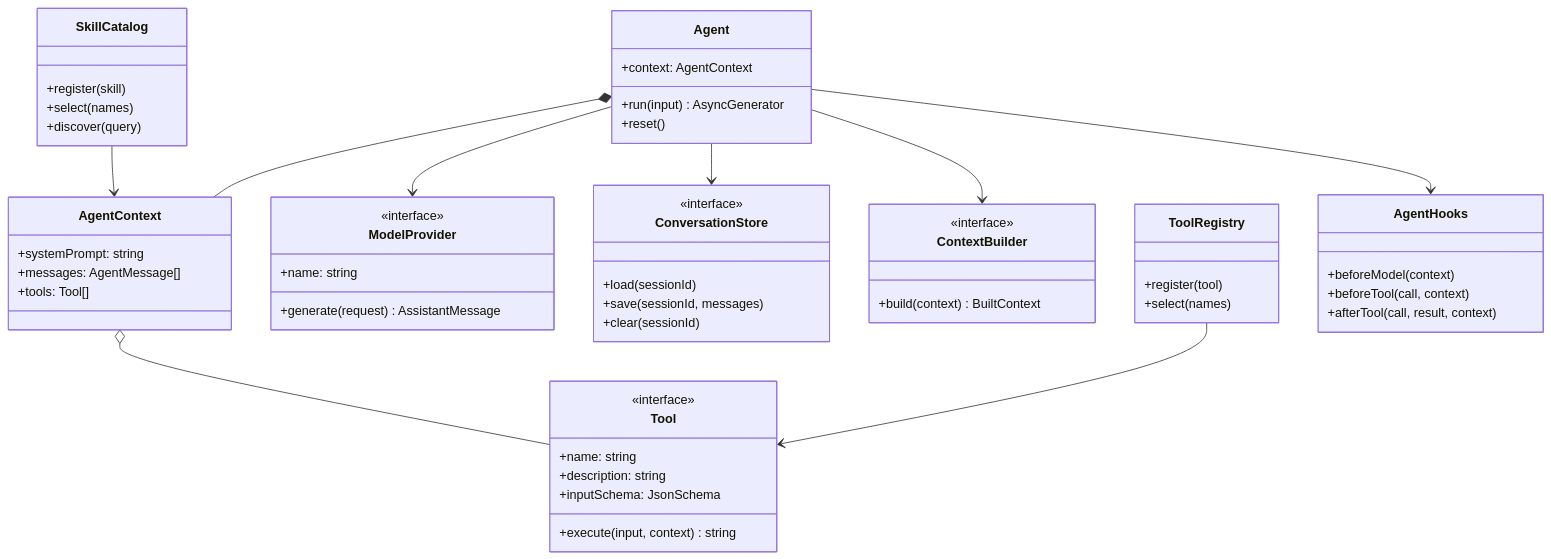
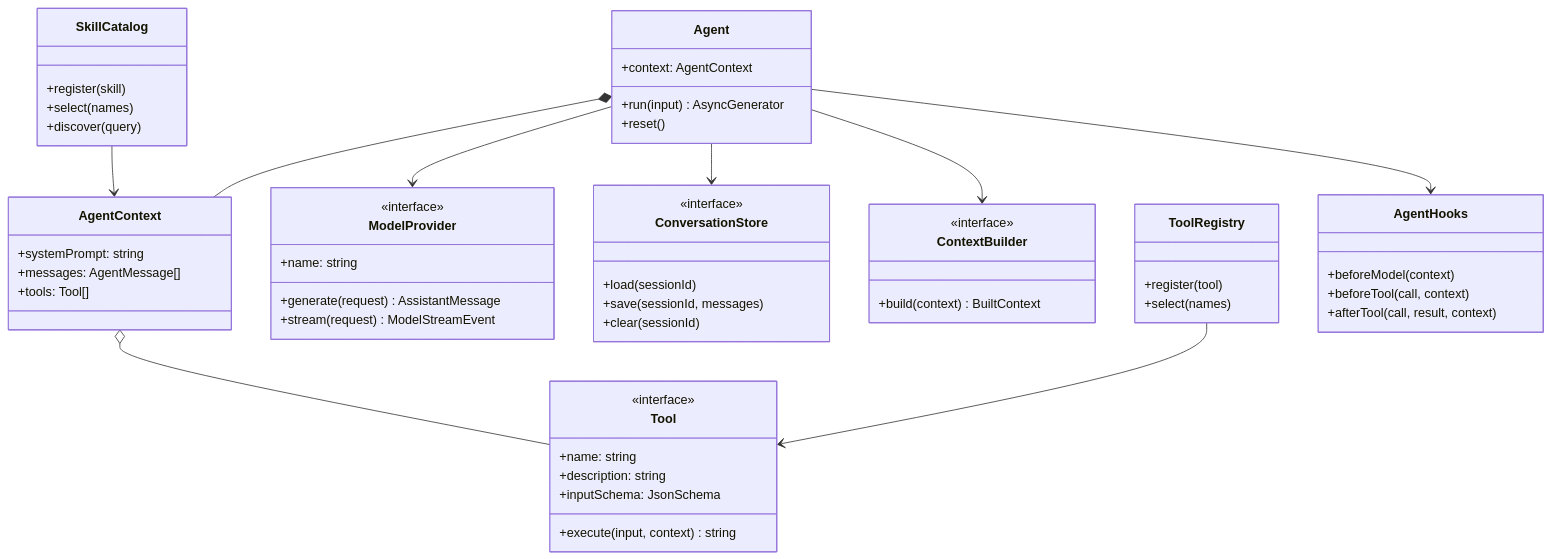
One commit to daiwk/building-agents-from-scratch changed the diagram in docs/architecture.md. Above: the diagram before and after it, drawn with Mermaid. The commit also changed other lines of this file and 18 other files, not shown here.

````diff
--- a/docs/architecture.md
+++ b/docs/architecture.md
@@ -5,58 +5,59 @@
 ```mermaid
 classDiagram
     class Agent {
       +context: AgentContext
       +run(input) AsyncGenerator
       +reset()
     }
     class AgentContext {
       +systemPrompt: string
       +messages: AgentMessage[]
       +tools: Tool[]
     }
     class ModelProvider {
       <<interface>>
       +name: string
       +generate(request) AssistantMessage
+      +stream(request) ModelStreamEvent
     }
     class Tool {
       <<interface>>
       +name: string
       +description: string
       +inputSchema: JsonSchema
       +execute(input, context) string
     }
     class AgentHooks {
       +beforeModel(context)
       +beforeTool(call, context)
       +afterTool(call, result, context)
     }
     class ConversationStore {
       <<interface>>
       +load(sessionId)
       +save(sessionId, messages)
       +clear(sessionId)
     }
     class ToolRegistry {
       +register(tool)
       +select(names)
     }
     class SkillCatalog {
       +register(skill)
       +select(names)
       +discover(query)
     }
     class ContextBuilder {
       <<interface>>
       +build(context) BuiltContext
     }
 
     Agent *-- AgentContext
     Agent --> ModelProvider
     Agent --> ConversationStore
     Agent --> ContextBuilder
     AgentContext o-- Tool
     Agent --> AgentHooks
     ToolRegistry --> Tool
     SkillCatalog --> AgentContext
 ```
````
